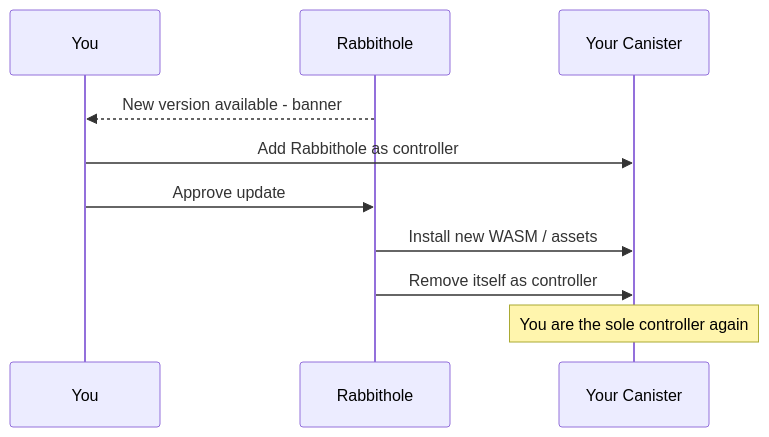
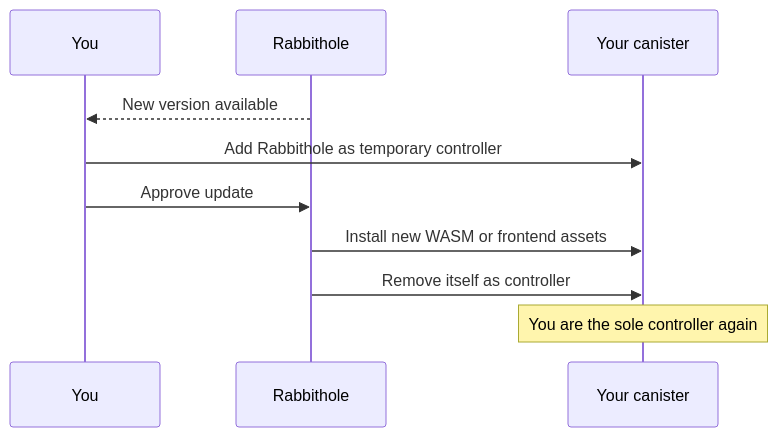
One commit to rabbithole-app/v2 changed the third of 3 diagrams in apps/docs/src/en/how-it-works/sovereignty.md. Above: the diagram before and after it, drawn with Mermaid. The commit also changed other lines of this file and 36 other files, not shown here.

````diff
--- a/apps/docs/src/en/how-it-works/sovereignty.md
+++ b/apps/docs/src/en/how-it-works/sovereignty.md
@@ -151,13 +203,13 @@
 ```mermaid
 sequenceDiagram
     participant U as You
     participant R as Rabbithole
-    participant C as Your Canister
+    participant C as Your canister
 
-    R-->>U: New version available - banner
-    U->>C: Add Rabbithole as controller
+    R-->>U: New version available
+    U->>C: Add Rabbithole as temporary controller
     U->>R: Approve update
-    R->>C: Install new WASM / assets
+    R->>C: Install new WASM or frontend assets
     R->>C: Remove itself as controller
     Note over C: You are the sole controller again
 ```
````
